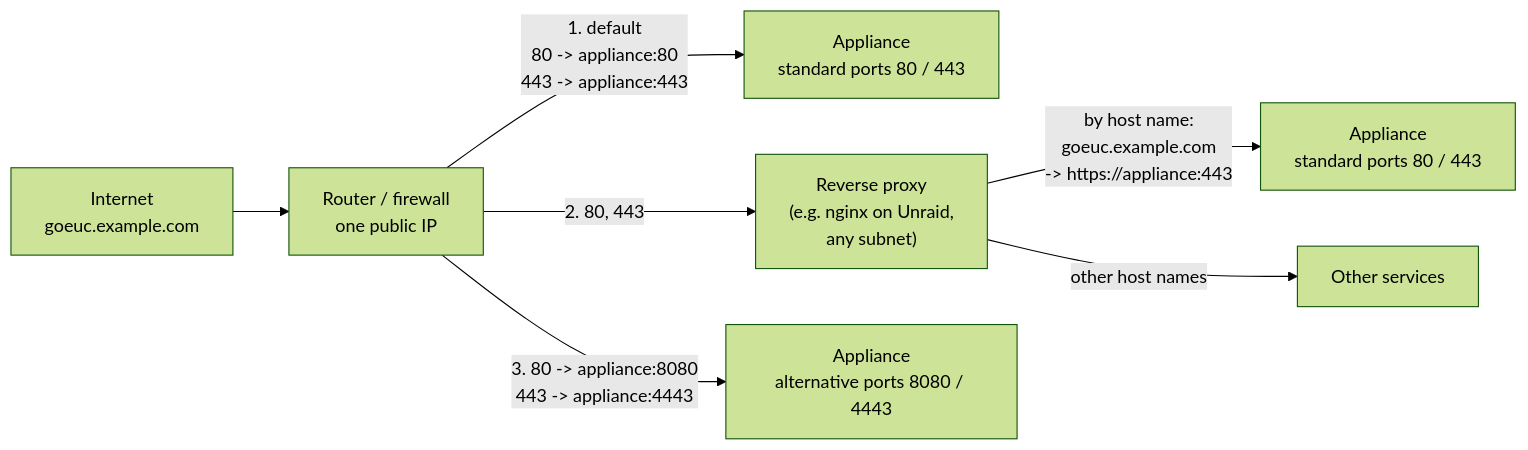
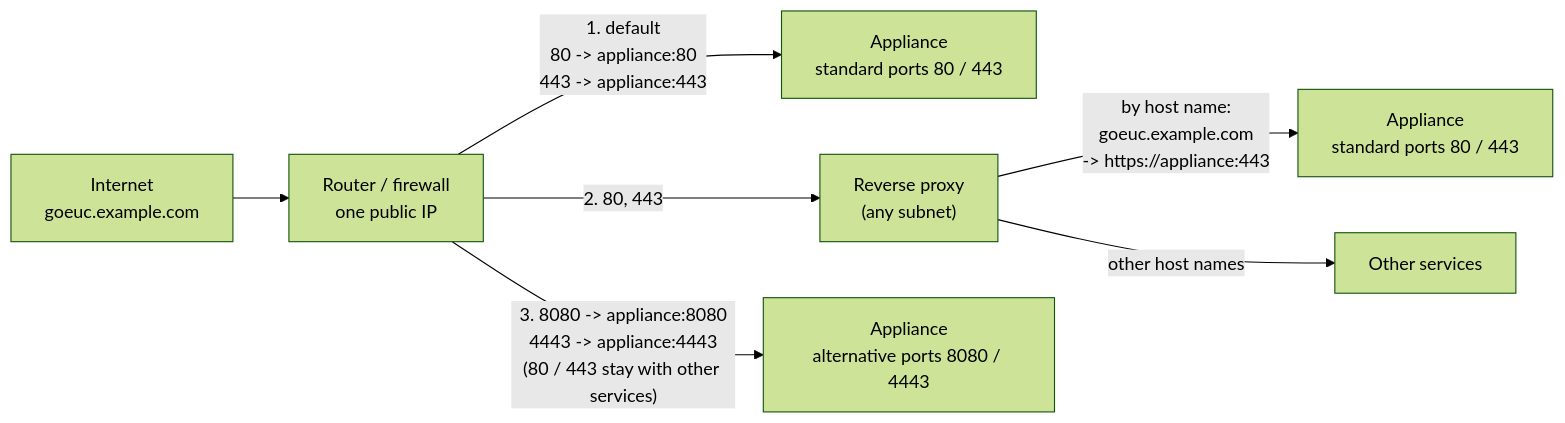
The fourth of 4 diagrams in docs/architecture.md (GO-EUC/Influx_grafana_deploy), drawn with Mermaid (forest theme) before and after one commit. The commit also changed other lines of this file and 16 other files, not shown here.

First line of the commit message:
Public host name override; alternative ports forwarded one-to-one; no Unraid

````diff
--- a/docs/architecture.md
+++ b/docs/architecture.md
@@ -142,12 +142,12 @@
 ```mermaid
 flowchart LR
     internet["Internet<br/>goeuc.example.com"] --> router["Router / firewall<br/>one public IP"]
 
     router -- "1. default<br/>80 -> appliance:80<br/>443 -> appliance:443" --> a1["Appliance<br/>standard ports 80 / 443"]
 
-    router -- "2. 80, 443" --> proxy["Reverse proxy<br/>(e.g. nginx on Unraid,<br/>any subnet)"]
+    router -- "2. 80, 443" --> proxy["Reverse proxy<br/>(any subnet)"]
     proxy -- "by host name:<br/>goeuc.example.com<br/>-> https://appliance:443" --> a2["Appliance<br/>standard ports 80 / 443"]
     proxy -- "other host names" --> other["Other services"]
 
-    router -- "3. 80 -> appliance:8080<br/>443 -> appliance:4443" --> a3["Appliance<br/>alternative ports 8080 / 4443"]
+    router -- "3. 8080 -> appliance:8080<br/>4443 -> appliance:4443<br/>(80 / 443 stay with other services)" --> a3["Appliance<br/>alternative ports 8080 / 4443"]
 ```
````
